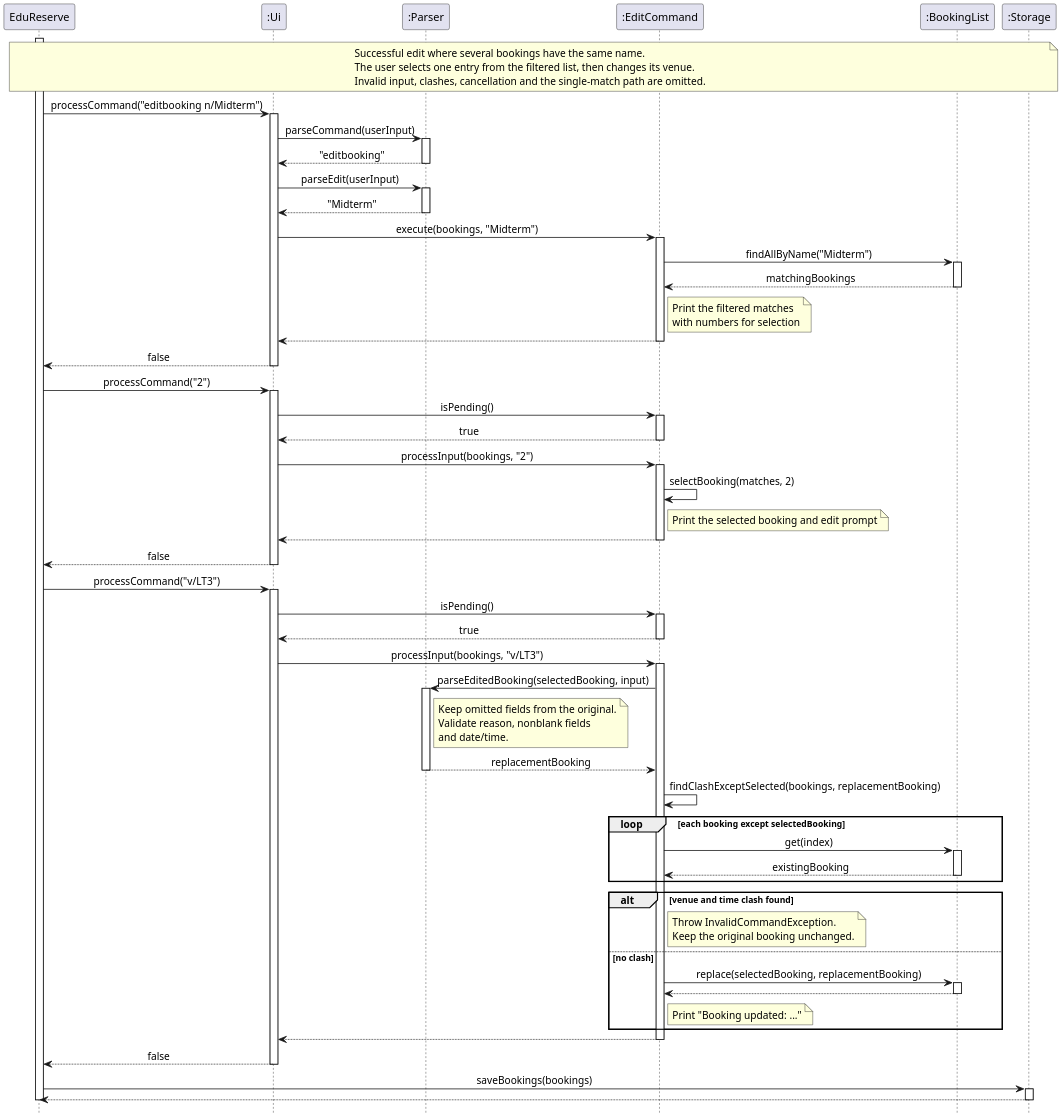
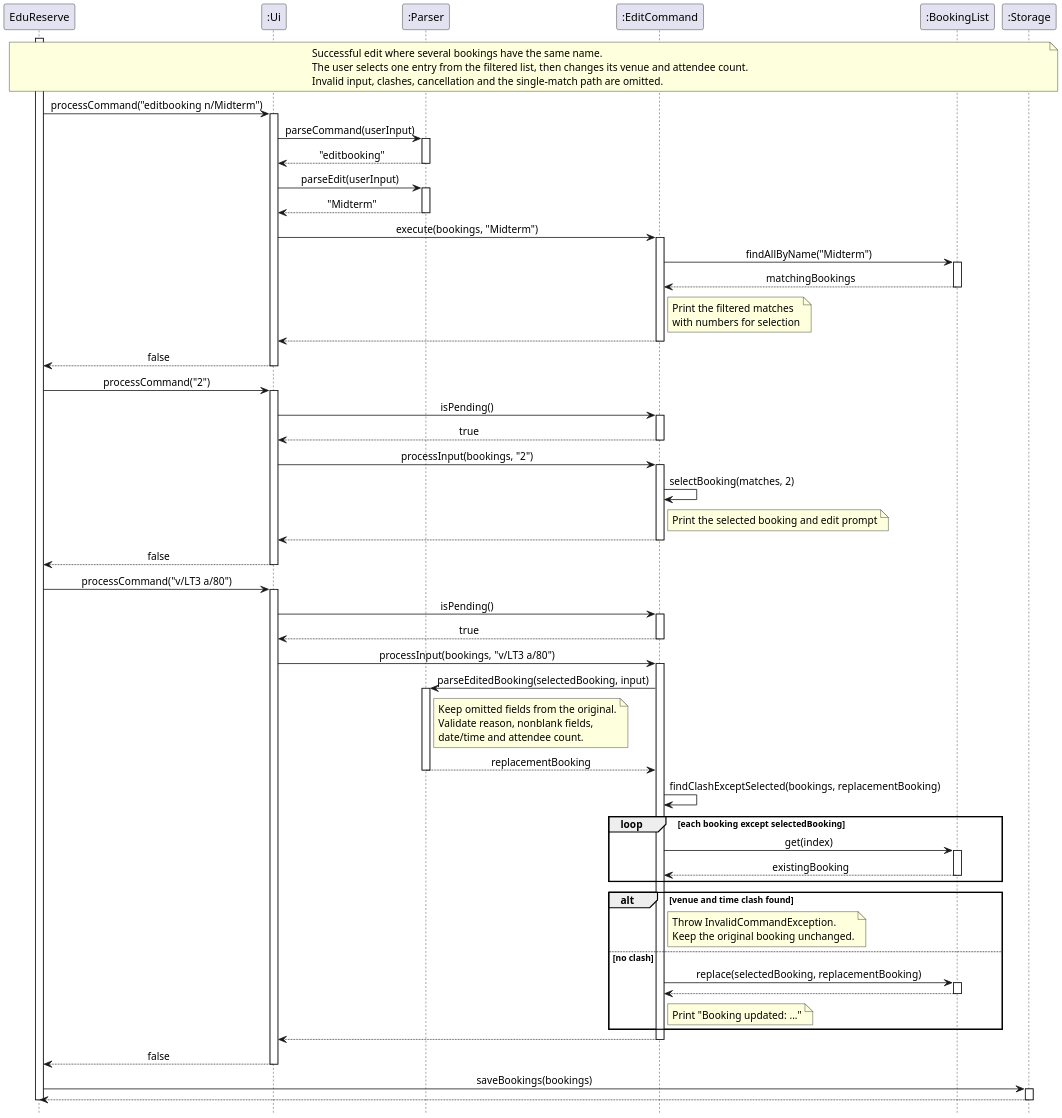
One commit to AY2627S1-CS2113-W14-2/tp changed the diagram in docs/UMLDiagrams/EditBookingSequenceDiagram.puml. Above: the diagram before and after it, drawn with PlantUML. The commit also changed 15 other files, not shown here.

Commit message:
included the checksize function and included tests and uml diagrams

```diff
--- a/docs/UMLDiagrams/EditBookingSequenceDiagram.puml
+++ b/docs/UMLDiagrams/EditBookingSequenceDiagram.puml
@@ -1,112 +1,112 @@
 @startuml
 scale 2
 skinparam sequenceMessageAlign center
 hide footbox
 
 participant "EduReserve" as App
 participant ":Ui" as UI
 participant ":Parser" as Parser
 participant ":EditCommand" as Edit
 participant ":BookingList" as Bookings
 participant ":Storage" as Storage
 
 activate App
 note over App, Storage
     Successful edit where several bookings have the same name.
-    The user selects one entry from the filtered list, then changes its venue.
+    The user selects one entry from the filtered list, then changes its venue and attendee count.
     Invalid input, clashes, cancellation and the single-match path are omitted.
 end note
 
 App -> UI: processCommand("editbooking n/Midterm")
 activate UI
 UI -> Parser: parseCommand(userInput)
 activate Parser
 Parser --> UI: "editbooking"
 deactivate Parser
 
 UI -> Parser: parseEdit(userInput)
 activate Parser
 Parser --> UI: "Midterm"
 deactivate Parser
 
 UI -> Edit: execute(bookings, "Midterm")
 activate Edit
 Edit -> Bookings: findAllByName("Midterm")
 activate Bookings
 Bookings --> Edit: matchingBookings
 deactivate Bookings
 note right of Edit
     Print the filtered matches
     with numbers for selection
 end note
 Edit --> UI
 deactivate Edit
 UI --> App: false
 deactivate UI
 
 App -> UI: processCommand("2")
 activate UI
 UI -> Edit: isPending()
 activate Edit
 Edit --> UI: true
 deactivate Edit
 UI -> Edit: processInput(bookings, "2")
 activate Edit
 Edit -> Edit: selectBooking(matches, 2)
 note right of Edit: Print the selected booking and edit prompt
 Edit --> UI
 deactivate Edit
 UI --> App: false
 deactivate UI
 
-App -> UI: processCommand("v/LT3")
+App -> UI: processCommand("v/LT3 a/80")
 activate UI
 UI -> Edit: isPending()
 activate Edit
 Edit --> UI: true
 deactivate Edit
-UI -> Edit: processInput(bookings, "v/LT3")
+UI -> Edit: processInput(bookings, "v/LT3 a/80")
 activate Edit
 
 Edit -> Parser: parseEditedBooking(selectedBooking, input)
 activate Parser
 note right of Parser
     Keep omitted fields from the original.
-    Validate reason, nonblank fields
-    and date/time.
+    Validate reason, nonblank fields,
+    date/time and attendee count.
 end note
 Parser --> Edit: replacementBooking
 deactivate Parser
 
 Edit -> Edit: findClashExceptSelected(bookings, replacementBooking)
 loop each booking except selectedBooking
     Edit -> Bookings: get(index)
     activate Bookings
     Bookings --> Edit: existingBooking
     deactivate Bookings
 end
 
 alt venue and time clash found
     note right of Edit
         Throw InvalidCommandException.
         Keep the original booking unchanged.
     end note
 else no clash
     Edit -> Bookings: replace(selectedBooking, replacementBooking)
     activate Bookings
     Bookings --> Edit
     deactivate Bookings
     note right of Edit: Print "Booking updated: ..."
 end
 
 Edit --> UI
 deactivate Edit
 UI --> App: false
 deactivate UI
 
 App -> Storage: saveBookings(bookings)
 activate Storage
 Storage --> App
 deactivate Storage
 deactivate App
 @enduml
```
